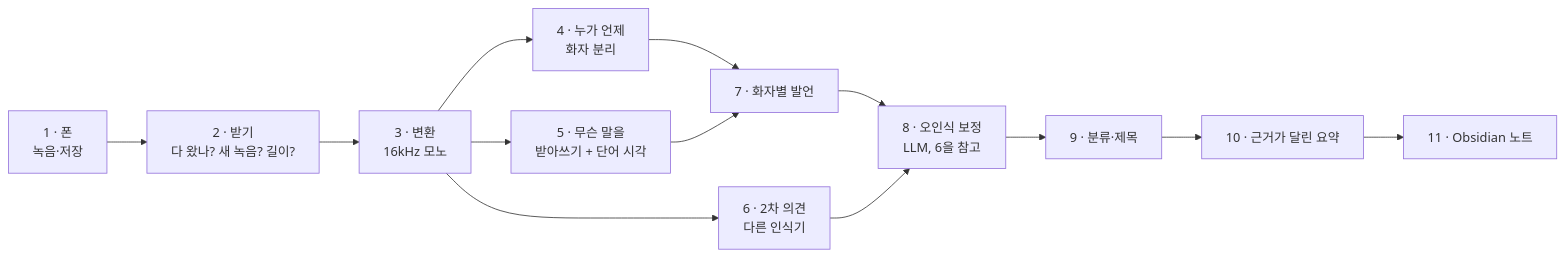
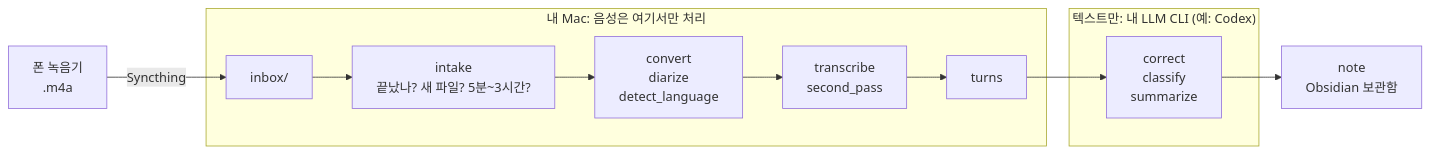
One commit to minigold92/rec2vault changed the diagram in docs/how-it-works.ko.md. Above: the diagram before and after it, drawn with Mermaid. The commit also changed other lines of this file and 167 other files, not shown here.

````diff
--- a/docs/how-it-works.ko.md
+++ b/docs/how-it-works.ko.md
@@ -24,15 +15,14 @@
 ```mermaid
 flowchart LR
-  A["1 · 폰<br/>녹음·저장"] --> B["2 · 받기<br/>다 왔나? 새 녹음? 길이?"]
-  B --> C["3 · 변환<br/>16kHz 모노"]
-  C --> D["4 · 누가 언제<br/>화자 분리"]
-  C --> E["5 · 무슨 말을<br/>받아쓰기 + 단어 시각"]
-  C --> F["6 · 2차 의견<br/>다른 인식기"]
-  D --> G["7 · 화자별 발언"]
-  E --> G
-  G --> H["8 · 오인식 보정<br/>LLM, 6을 참고"]
-  F --> H
-  H --> I["9 · 분류·제목"]
-  I --> J["10 · 근거가 달린 요약"]
-  J --> K["11 · Obsidian 노트"]
+  A["폰 녹음기<br/>.m4a"] -->|Syncthing| B["inbox/"]
+  subgraph MAC["내 Mac: 음성은 여기서만 처리"]
+    B --> C["intake<br/>끝났나? 새 파일? 5분~3시간?"]
+    C --> D["convert<br/>diarize<br/>detect_language"]
+    D --> E["transcribe<br/>second_pass"]
+    E --> F["turns"]
+  end
+  subgraph CLI["텍스트만: 내 LLM CLI (예: Codex)"]
+    G["correct<br/>classify<br/>summarize"]
+  end
+  F --> G --> H["note<br/>Obsidian 보관함"]
 ```
````
